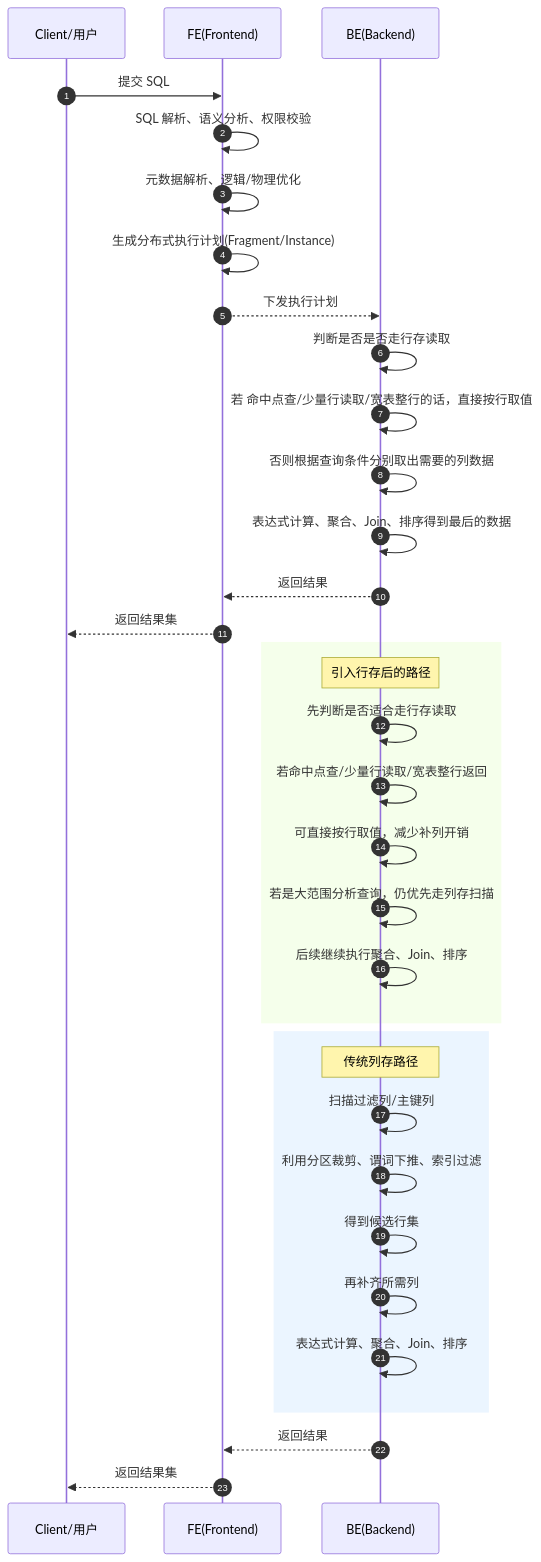
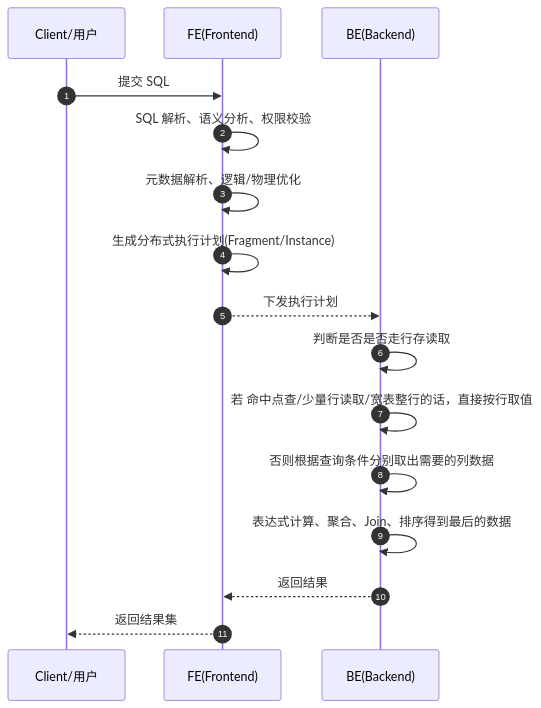
One commit to HY-10-8/iodraw-files changed the diagram in all/未命名-4.md. Above: the diagram before and after it, drawn with Mermaid.

Commit message:
2026-04-22 17:53:25 update

````diff
--- a/all/未命名-4.md
+++ b/all/未命名-4.md
@@ -1,55 +1,31 @@
 ```mermaid
 sequenceDiagram
     autonumber
 
     participant Client as Client/用户
     participant FE as FE(Frontend)
     participant BE as BE(Backend)
     
     Client->>FE: 提交 SQL
     FE->>FE: SQL 解析、语义分析、权限校验
     FE->>FE: 元数据解析、逻辑/物理优化
     FE->>FE: 生成分布式执行计划(Fragment/Instance)
     FE-->>BE: 下发执行计划
 
     BE->>BE: 判断是否是否走行存读取
     BE->>BE: 若 命中点查/少量行读取/宽表整行的话，直接按行取值
     BE->>BE: 否则根据查询条件分别取出需要的列数据
     BE->>BE: 表达式计算、聚合、Join、排序得到最后的数据
 
     BE-->>FE: 返回结果
     FE-->>Client: 返回结果集
 
 
 
-    rect rgb(245,255,235)
-        Note over BE: 引入行存后的路径
-        BE->>BE: 先判断是否适合走行存读取
-        BE->>BE: 若命中点查/少量行读取/宽表整行返回
-        BE->>BE: 可直接按行取值，减少补列开销
-        BE->>BE: 若是大范围分析查询，仍优先走列存扫描
-        BE->>BE: 后续继续执行聚合、Join、排序
-    end
-
-
-    rect rgb(235,245,255)
-        Note over BE: 传统列存路径
-        BE->>BE: 扫描过滤列/主键列
-        BE->>BE: 利用分区裁剪、谓词下推、索引过滤
-        BE->>BE: 得到候选行集
-        BE->>BE: 再补齐所需列
-        BE->>BE: 表达式计算、聚合、Join、排序
-    end
-
-    BE-->>FE: 返回结果
-    FE-->>Client: 返回结果集
-
-
-
 
 
 
 
 
 
 ```
````
